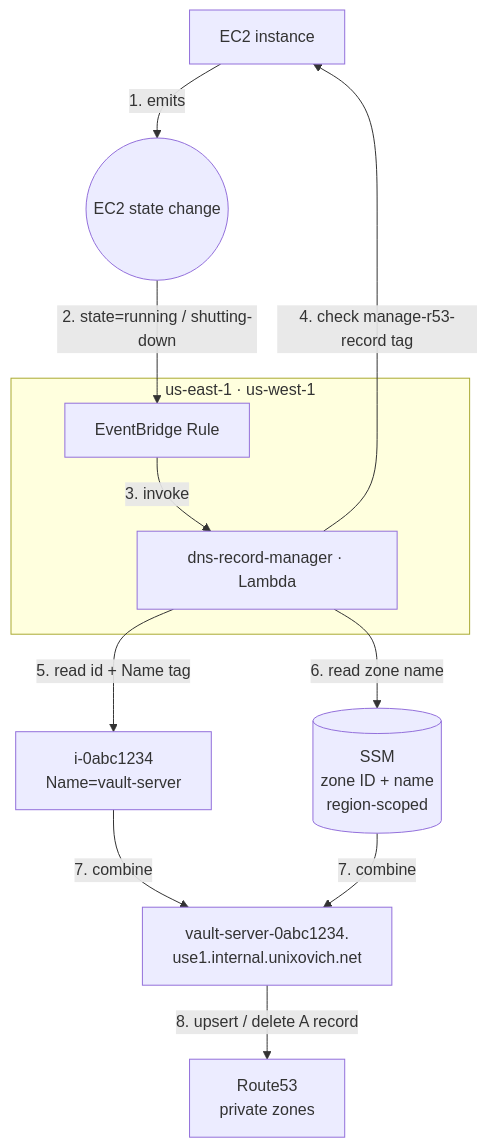
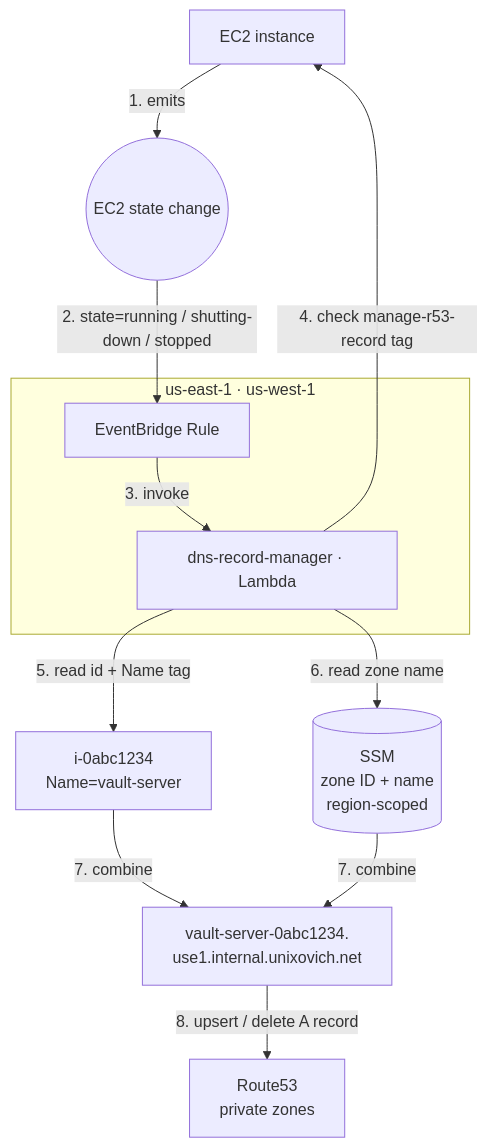
The fifth of 7 diagrams in aws-infra/README.md (sleonov/iac), drawn with Mermaid before and after one commit. The commit also changed other lines of this file and 5 other files, not shown here.

````diff
--- a/aws-infra/README.md
+++ b/aws-infra/README.md
@@ -724,25 +724,25 @@
 ```mermaid
 graph TD
     INST[EC2 instance]
     EVENT((EC2 state change))
 
     subgraph region["us-east-1 · us-west-1"]
         EB[EventBridge Rule]
         L["dns-record-manager · Lambda"]
     end
 
     SSM[("SSM\nzone ID + name\nregion-scoped")]
     R53["Route53\nprivate zones"]
 
     ID["i-0abc1234\nName=vault-server"]
     REC["vault-server-0abc1234.\nuse1.internal.unixovich.net"]
 
     INST -->|"1. emits"| EVENT
-    EVENT -->|"2. state=running / shutting-down"| EB
+    EVENT -->|"2. state=running / shutting-down / stopped"| EB
     EB -->|"3. invoke"| L
     L -->|"4. check manage-r53-record tag"| INST
     L -->|"5. read id + Name tag"| ID
     L -->|"6. read zone name"| SSM
     ID & SSM -->|"7. combine"| REC
     REC -->|"8. upsert / delete A record"| R53
 ```
````
